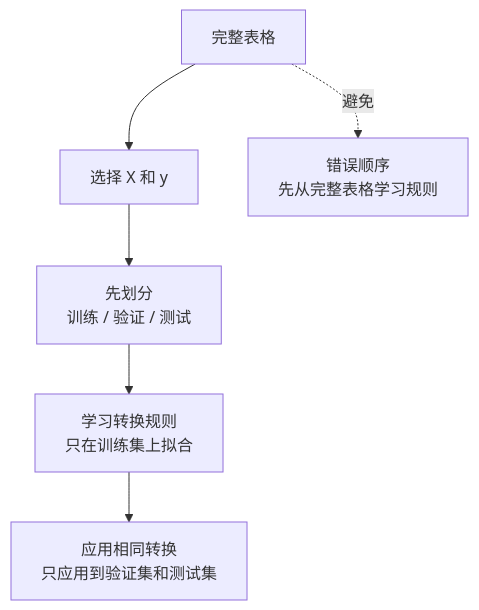
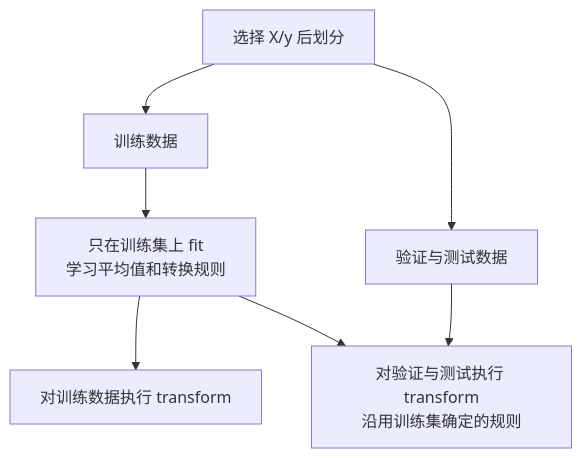
Before and after one commit to devchan64/AiBook: the diagram in docs/assets/part-02/chapter-12/no-leakage-preprocessing-flow-zh.mmd, drawn with Mermaid. The commit also changed 26 other files, not shown here.

```diff
--- a/docs/assets/part-02/chapter-12/no-leakage-preprocessing-flow-zh.mmd
+++ b/docs/assets/part-02/chapter-12/no-leakage-preprocessing-flow-zh.mmd
@@ -1,10 +1,8 @@
 flowchart TD
-    full["完整表格"]
-    choose["选择 X 和 y"]
-    split["先划分<br/>训练 / 验证 / 测试"]
-    fit_train["学习转换规则<br/>只在训练集上拟合"]
-    apply_other["应用相同转换<br/>只应用到验证集和测试集"]
-    bad["错误顺序<br/>先从完整表格学习规则"]
-
-    full --> choose --> split --> fit_train --> apply_other
-    full -. 避免 .-> bad
+    a["选择 X/y 后划分"]
+    a --> b["训练数据"]
+    a --> c["验证与测试数据"]
+    b --> d["只在训练集上 fit<br/>学习平均值和转换规则"]
+    d --> e["对训练数据执行 transform"]
+    d --> f["对验证与测试执行 transform<br/>沿用训练集确定的规则"]
+    c --> f
```
